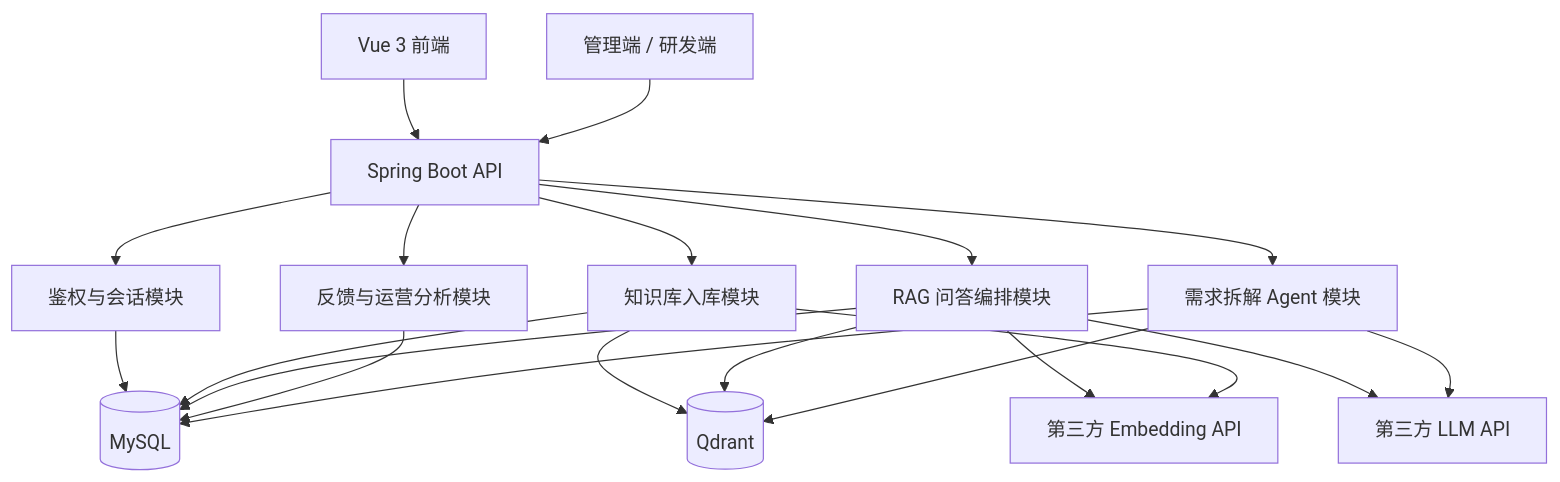
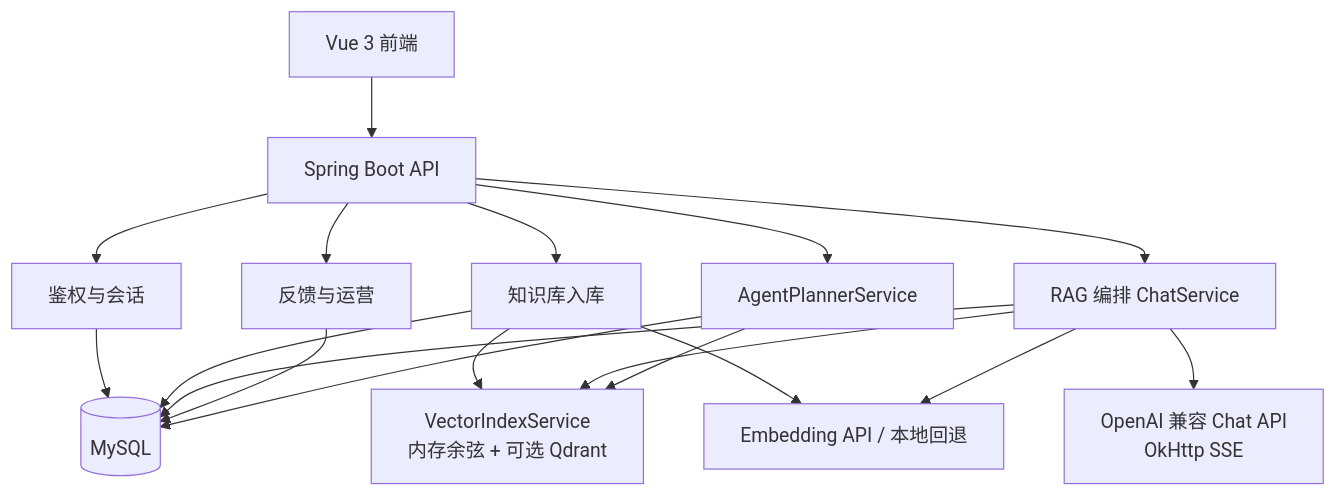
The first of 3 diagrams in docs/AI架构设计.md (farhub-wq/AI-), drawn with Mermaid before and after one commit. The commit also changed other lines of this file and 5 other files, not shown here.

````diff
--- a/docs/AI架构设计.md
+++ b/docs/AI架构设计.md
@@ -21,26 +20,23 @@
 ```mermaid
 flowchart TD
     FE[Vue 3 前端] --> API[Spring Boot API]
-    ADMIN[管理端 / 研发端] --> API
-
-    API --> AUTH[鉴权与会话模块]
-    API --> KB[知识库入库模块]
-    API --> RAG[RAG 问答编排模块]
-    API --> OBS[反馈与运营分析模块]
-    API --> AGENT[需求拆解 Agent 模块]
+    API --> AUTH[鉴权与会话]
+    API --> KB[知识库入库]
+    API --> RAG[RAG 编排 ChatService]
+    API --> OBS[反馈与运营]
+    API --> AGENT[AgentPlannerService]
 
     AUTH --> MYSQL[(MySQL)]
     KB --> MYSQL
     RAG --> MYSQL
     OBS --> MYSQL
     AGENT --> MYSQL
 
-    KB --> QDRANT[(Qdrant)]
-    RAG --> QDRANT
-    AGENT --> QDRANT
+    KB --> VEC[VectorIndexService<br/>内存余弦 + 可选 Qdrant]
+    RAG --> VEC
+    AGENT --> VEC
 
-    RAG --> EMBED[第三方 Embedding API]
-    RAG --> LLM[第三方 LLM API]
-    KB --> EMBED
-    AGENT --> LLM
+    KB --> EMB[Embedding API / 本地回退]
+    RAG --> EMB
+    RAG --> LLM[OpenAI 兼容 Chat API<br/>OkHttp SSE]
 ```
````
